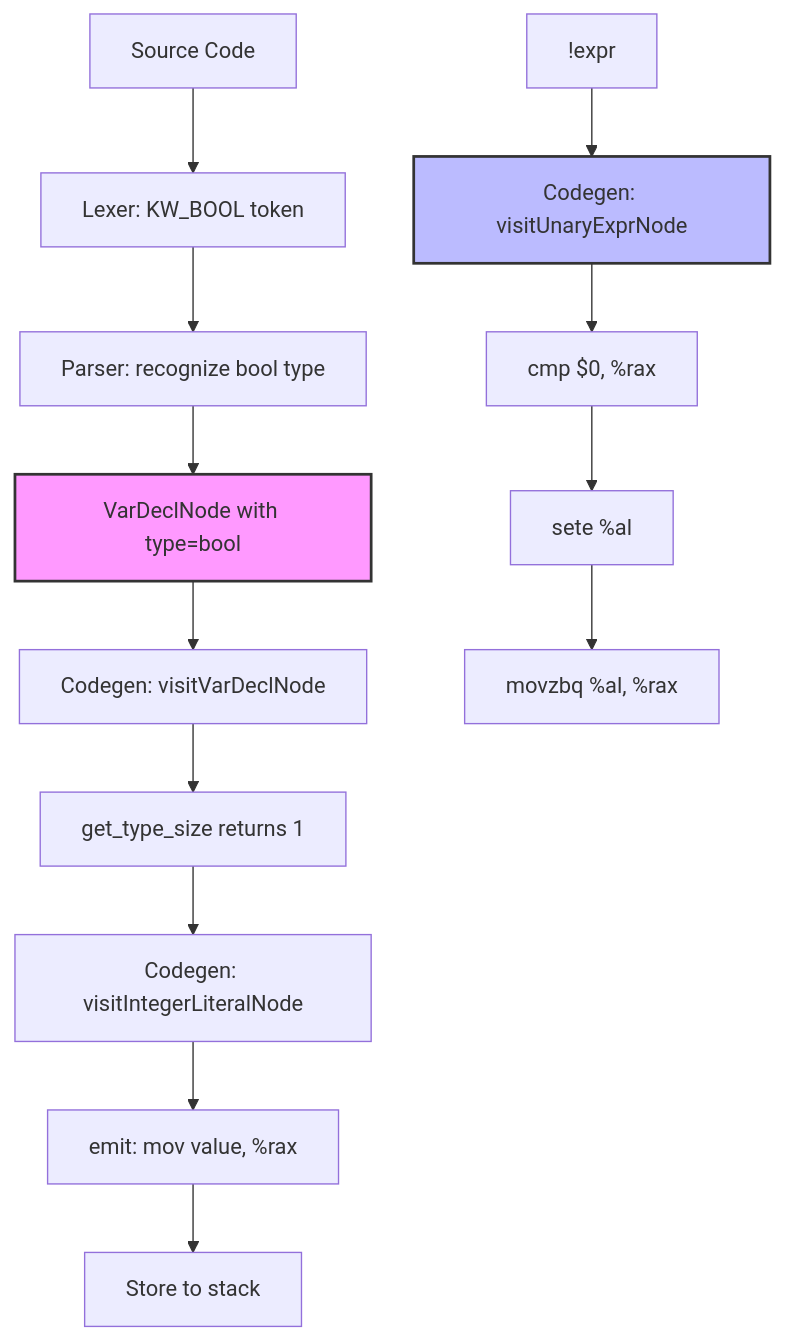
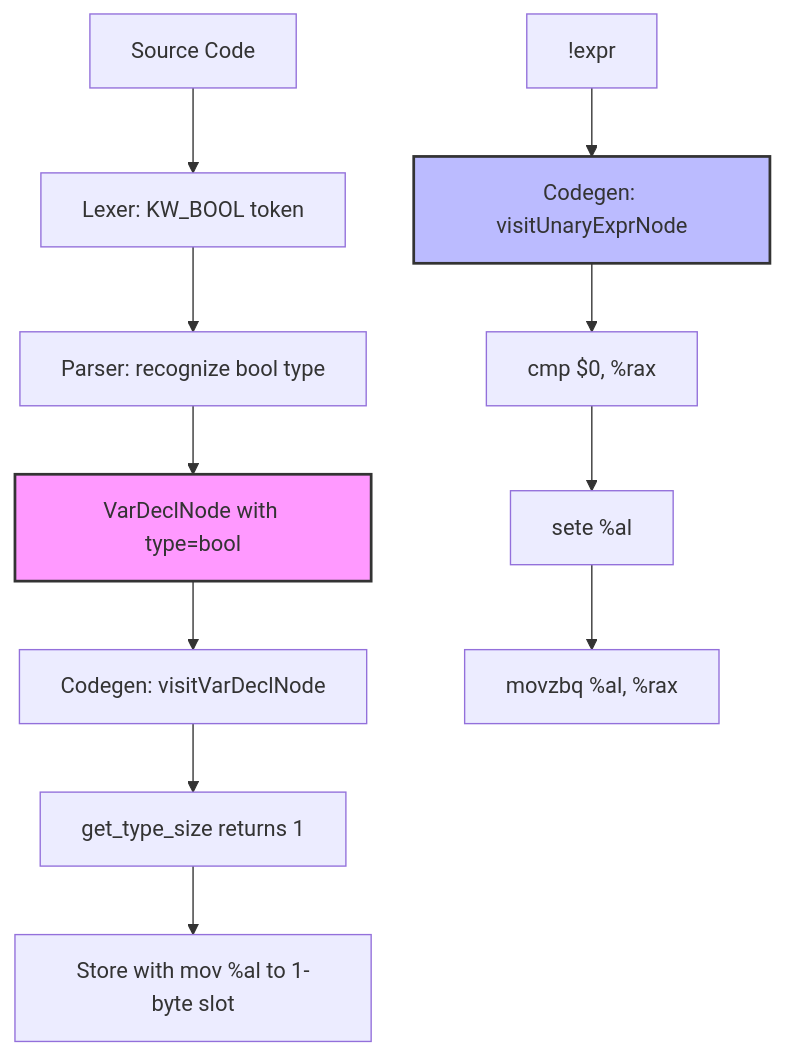
One commit to juno-yu/simple-howto-c-compiler-ximplec changed the diagram in 0010-bool-type/README.md. Above: the diagram before and after it, drawn with Mermaid. The commit also changed other lines of this file and 131 other files, not shown here.

````diff
--- a/0010-bool-type/README.md
+++ b/0010-bool-type/README.md
@@ -20,19 +25,17 @@
 ```mermaid
 flowchart TD
     A[Source Code] --> B[Lexer: KW_BOOL token]
     B --> C[Parser: recognize bool type]
     C --> D[VarDeclNode with type=bool]
     D --> E[Codegen: visitVarDeclNode]
     E --> F[get_type_size returns 1]
-    F --> G[Codegen: visitIntegerLiteralNode]
-    G --> H[emit: mov value, %rax]
-    H --> I[Store to stack]
+    F --> G[Store with mov %al to 1-byte slot]
 
     J[!expr] --> K[Codegen: visitUnaryExprNode]
     K --> L[cmp $0, %rax]
     L --> M[sete %al]
     M --> N[movzbq %al, %rax]
 
     style D fill:#f9f,stroke:#333,stroke-width:2px
     style K fill:#bbf,stroke:#333,stroke-width:2px
 ```
````
